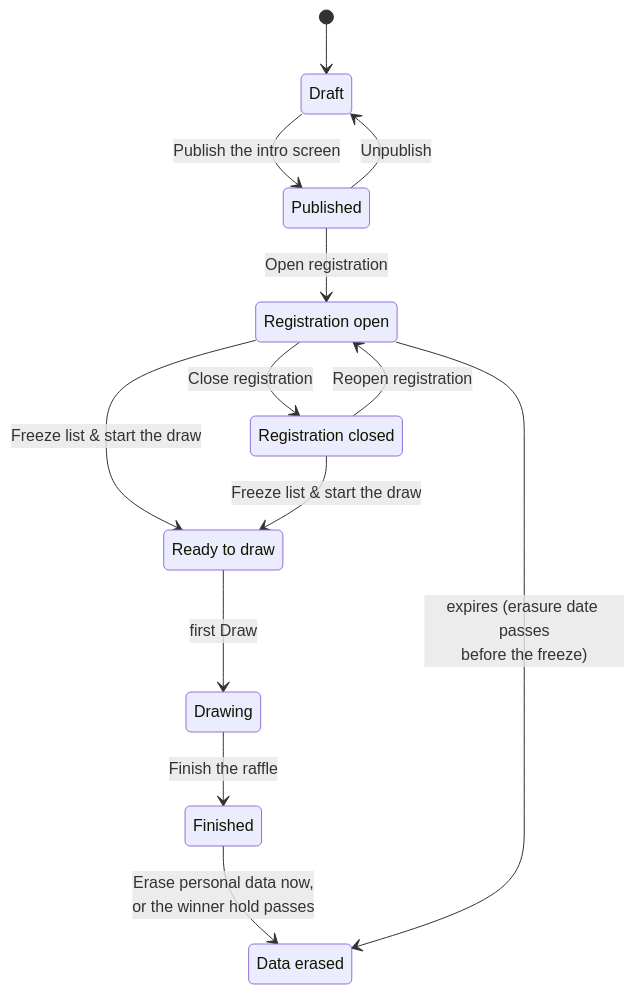
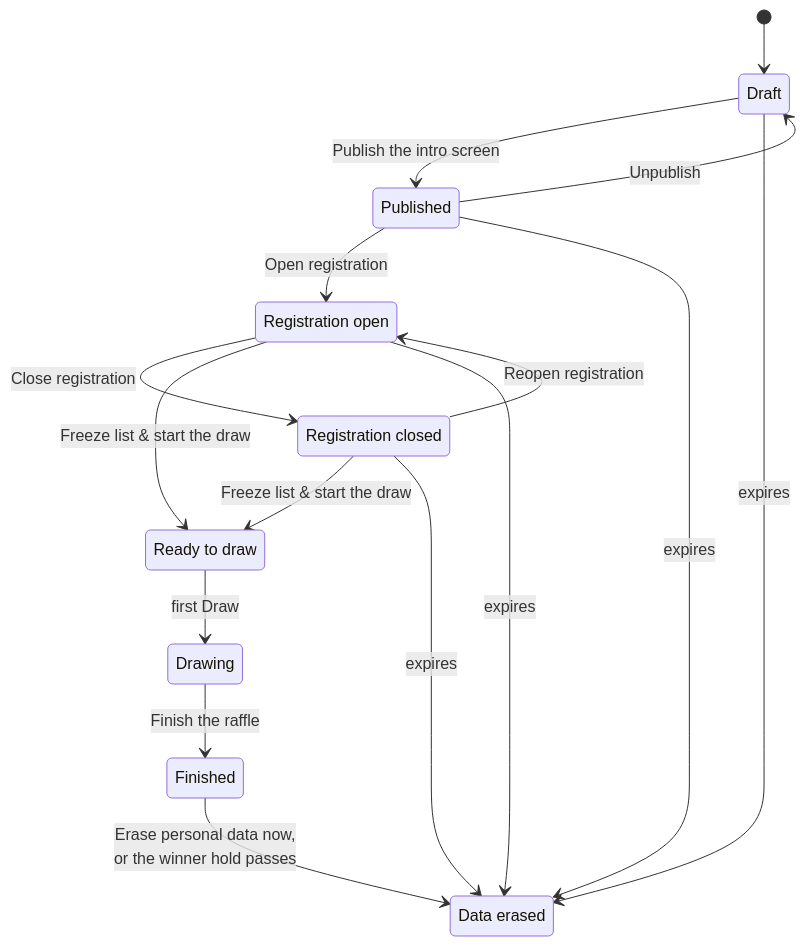
One commit to sagikazarmark/rafi.orig changed the second of 2 diagrams in docs/guide/running-a-raffle.md. Above: the diagram before and after it, drawn with Mermaid. The commit also changed other lines of this file and 35 other files, not shown here.

````diff
--- a/docs/guide/running-a-raffle.md
+++ b/docs/guide/running-a-raffle.md
@@ -30,24 +30,27 @@
 ```mermaid
 stateDiagram-v2
     state "Draft" as Draft
     state "Published" as Ready
     state "Registration open" as Open
     state "Registration closed" as Closed
     state "Ready to draw" as Frozen
     state "Drawing" as Drawing
     state "Finished" as Finished
     state "Data erased" as Purged
 
     [*] --> Draft
     Draft --> Ready: Publish the intro screen
     Ready --> Draft: Unpublish
     Ready --> Open: Open registration
     Open --> Closed: Close registration
     Closed --> Open: Reopen registration
     Open --> Frozen: Freeze list & start the draw
     Closed --> Frozen: Freeze list & start the draw
     Frozen --> Drawing: first Draw
     Drawing --> Finished: Finish the raffle
     Finished --> Purged: Erase personal data now,<br/>or the winner hold passes
-    Open --> Purged: expires (erasure date passes<br/>before the freeze)
+    Draft --> Purged: expires
+    Ready --> Purged: expires
+    Open --> Purged: expires
+    Closed --> Purged: expires
 ```
````
